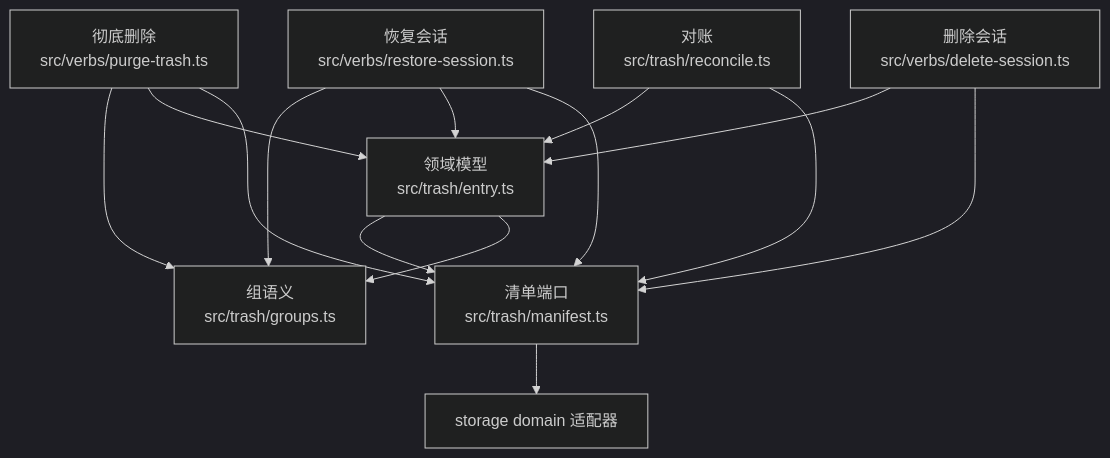
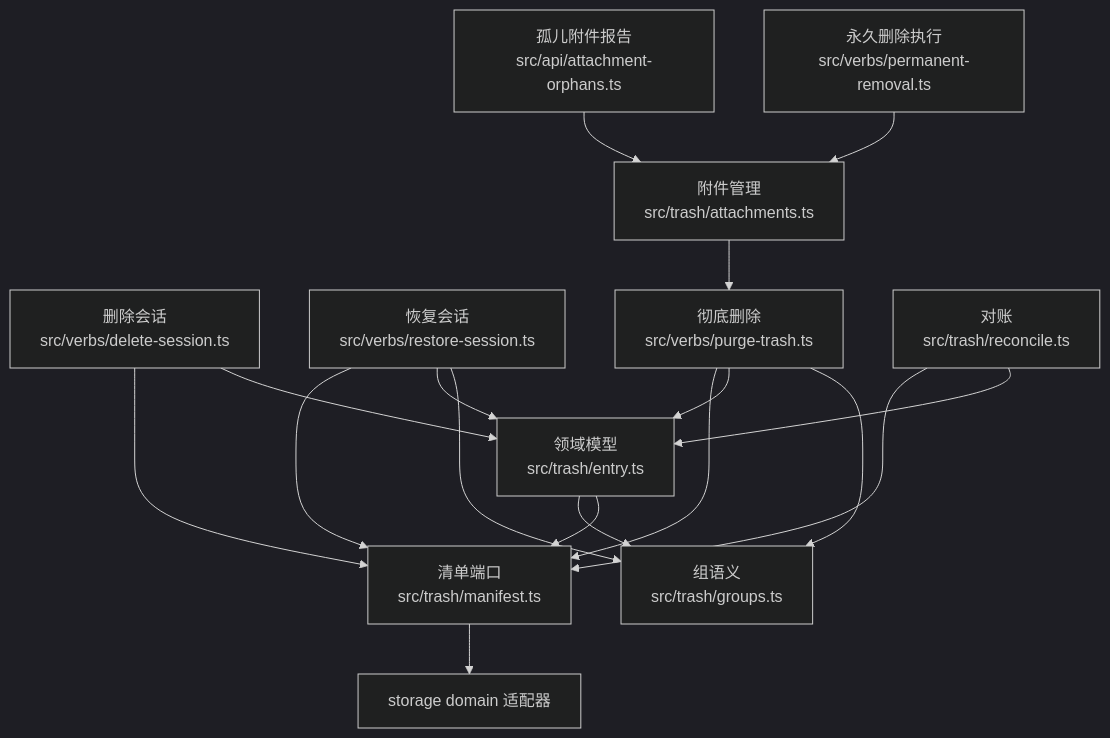
Before and after one commit to xrn1997/dsh-session-delete: the first of 15 diagrams in .qoder/repowiki/zh/content/回收站领域/回收站领域.md, drawn with Mermaid (dark theme). The commit also changed other lines of this file and 36 other files, not shown here.

````diff
--- a/.qoder/repowiki/zh/content/回收站领域/回收站领域.md
+++ b/.qoder/repowiki/zh/content/回收站领域/回收站领域.md
@@ -45,16 +51,19 @@
 ```mermaid
 graph TB
   Entry["领域模型<br/>src/trash/entry.ts"] --> Groups["组语义<br/>src/trash/groups.ts"]
   Entry --> Manifest["清单端口<br/>src/trash/manifest.ts"]
   Manifest --> StorageDomain["storage domain 适配器"]
   Delete["删除会话<br/>src/verbs/delete-session.ts"] --> Manifest
   Restore["恢复会话<br/>src/verbs/restore-session.ts"] --> Manifest
   Purge["彻底删除<br/>src/verbs/purge-trash.ts"] --> Manifest
   Reconcile["对账<br/>src/trash/reconcile.ts"] --> Manifest
   Reconcile --> Entry
   Delete --> Entry
   Restore --> Entry
   Purge --> Entry
   Purge --> Groups
   Restore --> Groups
+  Attachments["附件管理<br/>src/trash/attachments.ts"] --> Purge
+  Orphans["孤儿附件报告<br/>src/api/attachment-orphans.ts"] --> Attachments
+  PermanentRemoval["永久删除执行<br/>src/verbs/permanent-removal.ts"] --> Attachments
 ```
````
